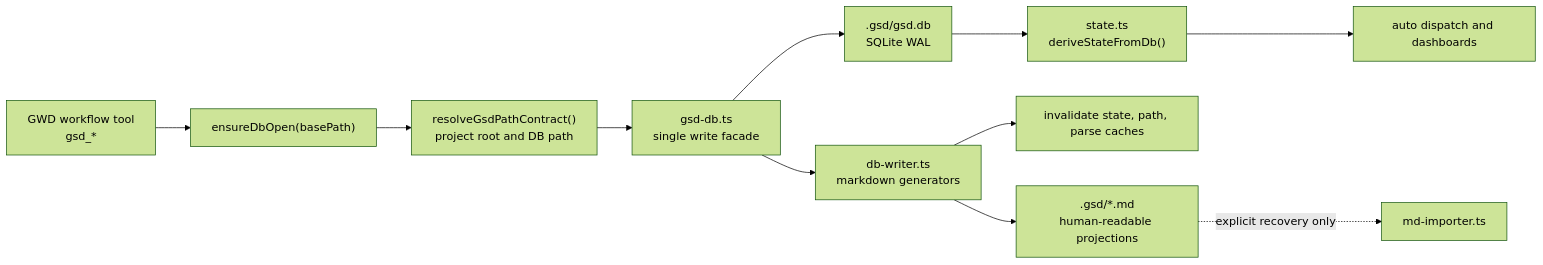
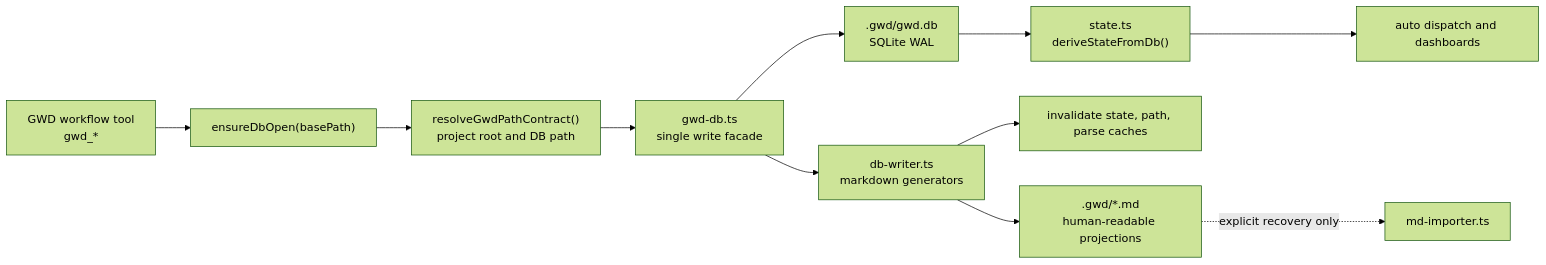
The sixth of 12 diagrams in docs/dev/architecture-data-flow.md (rayliu-factory/gwd), drawn with Mermaid (forest theme) before and after one commit. The commit also changed other lines of this file and 182 other files, not shown here.

````diff
--- a/docs/dev/architecture-data-flow.md
+++ b/docs/dev/architecture-data-flow.md
@@ -235,13 +235,13 @@
 ```mermaid
 flowchart LR
-  AgentTool["GWD workflow tool<br/>gsd_*"] --> EnsureDb["ensureDbOpen(basePath)"]
-  EnsureDb --> PathContract["resolveGsdPathContract()<br/>project root and DB path"]
-  PathContract --> DbFacade["gsd-db.ts<br/>single write facade"]
-  DbFacade --> SQLite[".gsd/gsd.db<br/>SQLite WAL"]
+  AgentTool["GWD workflow tool<br/>gwd_*"] --> EnsureDb["ensureDbOpen(basePath)"]
+  EnsureDb --> PathContract["resolveGwdPathContract()<br/>project root and DB path"]
+  PathContract --> DbFacade["gwd-db.ts<br/>single write facade"]
+  DbFacade --> SQLite[".gwd/gwd.db<br/>SQLite WAL"]
   DbFacade --> Writer["db-writer.ts<br/>markdown generators"]
-  Writer --> Projections[".gsd/*.md<br/>human-readable projections"]
+  Writer --> Projections[".gwd/*.md<br/>human-readable projections"]
   Writer --> Cache["invalidate state, path, parse caches"]
   SQLite --> Derive["state.ts<br/>deriveStateFromDb()"]
   Derive --> Dispatch["auto dispatch and dashboards"]
   Projections -. explicit recovery only .-> Importer["md-importer.ts"]
 ```
````
